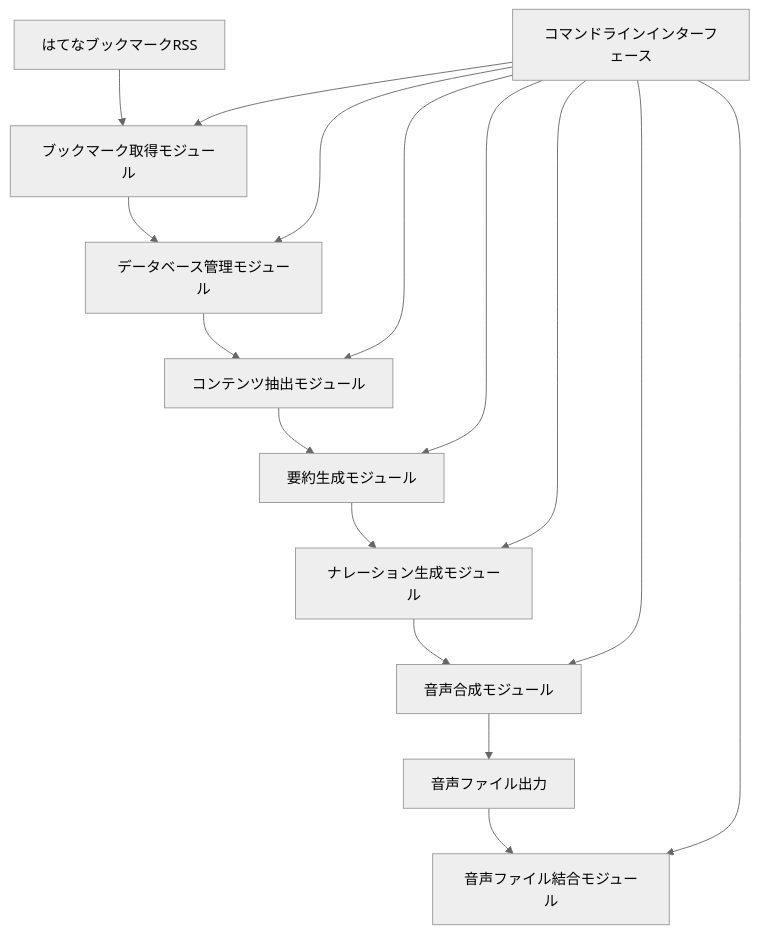
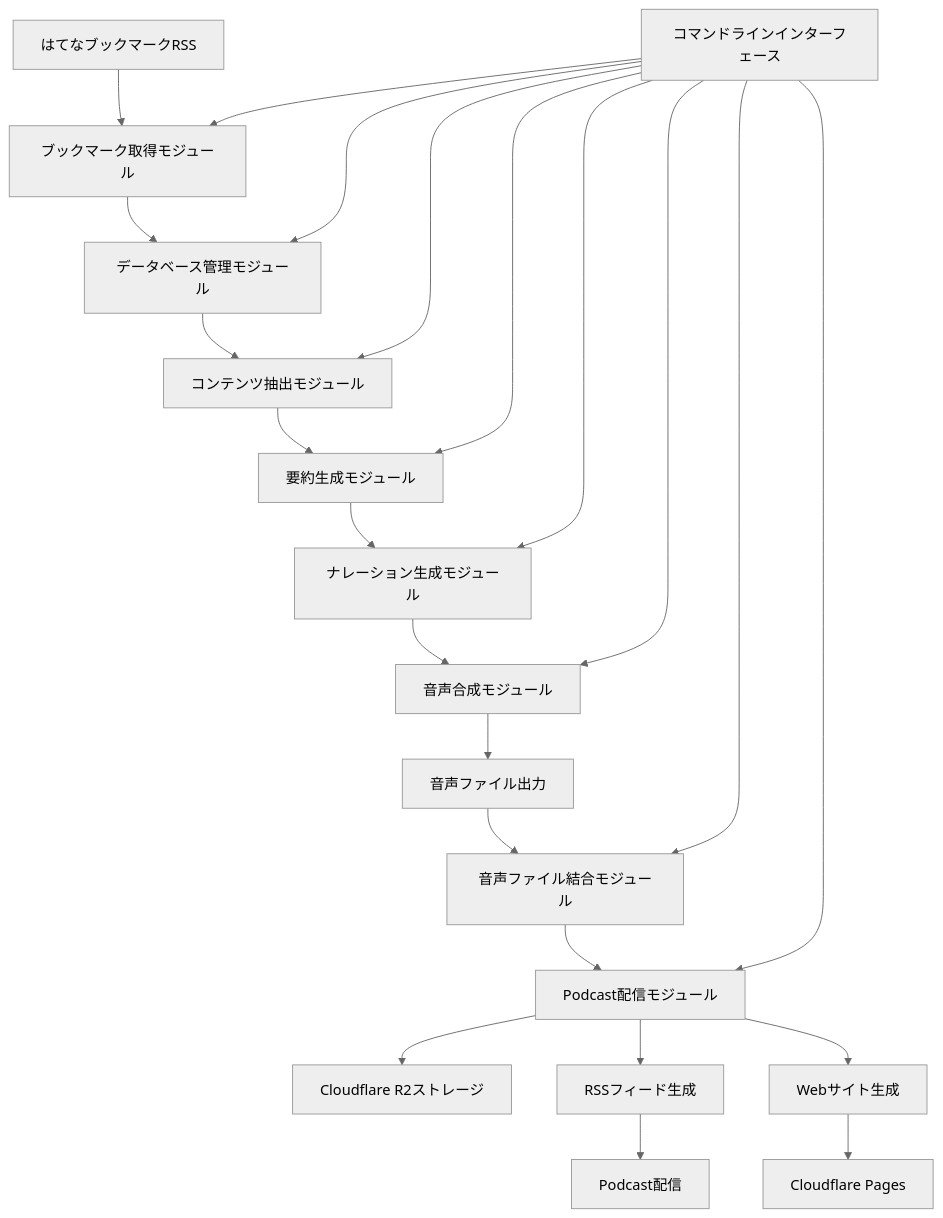
The diagram in DESIGN.md (YuheiNakasaka/hatebu-audio), drawn with Mermaid (neutral theme) before and after one commit. The commit also changed other lines of this file and 41 other files, not shown here.

````diff
--- a/DESIGN.md
+++ b/DESIGN.md
@@ -11,18 +11,25 @@
 ```mermaid
 graph TD
     A[はてなブックマークRSS] --> B[ブックマーク取得モジュール]
     B --> C[データベース管理モジュール]
     C --> D[コンテンツ抽出モジュール]
     D --> E[要約生成モジュール]
     E --> F[ナレーション生成モジュール]
     F --> G[音声合成モジュール]
     G --> H[音声ファイル出力]
     H --> J[音声ファイル結合モジュール]
+    J --> K[Podcast配信モジュール]
+    K --> L[Cloudflare R2ストレージ]
+    K --> M[RSSフィード生成]
+    K --> N[Webサイト生成]
+    M --> O[Podcast配信]
+    N --> P[Cloudflare Pages]
     I[コマンドラインインターフェース] --> B
     I --> C
     I --> D
     I --> E
     I --> F
     I --> G
     I --> J
+    I --> K
 ```
````
